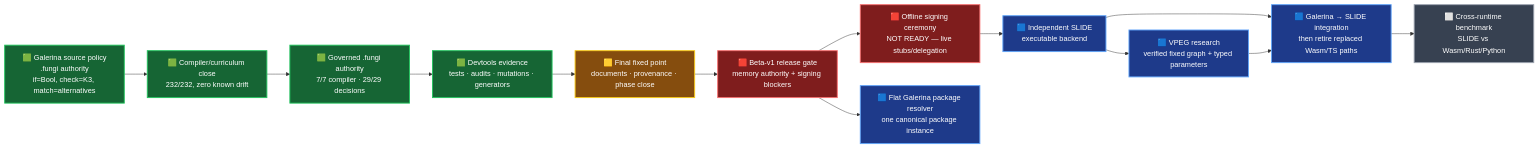
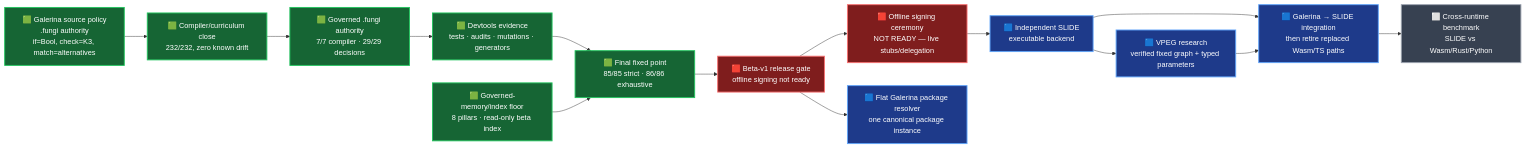
Before and after one commit to TritHypha/Deveolpment-runtime-fungi-gate: the diagram in docs/roadmap-2026-07-29-galerina-beta-v1-to-slide.md, drawn with Mermaid. The commit also changed other lines of this file and 72 other files, not shown here.

````diff
--- a/docs/roadmap-2026-07-29-galerina-beta-v1-to-slide.md
+++ b/docs/roadmap-2026-07-29-galerina-beta-v1-to-slide.md
@@ -22,31 +22,32 @@
 ```mermaid
 flowchart LR
     A["🟩 Galerina source policy<br/>.fungi authority<br/>if=Bool, check=K3, match=alternatives"]
     B["🟩 Compiler/curriculum close<br/>232/232, zero known drift"]
     C["🟩 Governed .fungi authority<br/>7/7 compiler · 29/29 decisions"]
     D["🟩 Devtools evidence<br/>tests · audits · mutations · generators"]
-    E["🟨 Final fixed point<br/>documents · provenance · phase close"]
-    F["🟥 Beta-v1 release gate<br/>memory authority + signing blockers"]
+    E["🟩 Final fixed point<br/>85/85 strict · 86/86 exhaustive"]
+    F["🟥 Beta-v1 release gate<br/>offline signing not ready"]
     G["🟥 Offline signing ceremony<br/>NOT READY — live stubs/delegation"]
     H["🟦 Independent SLIDE<br/>executable backend"]
     I["🟦 Galerina → SLIDE integration<br/>then retire replaced Wasm/TS paths"]
     J["⬜ Cross-runtime benchmark<br/>SLIDE vs Wasm/Rust/Python"]
     P["🟦 Flat Galerina package resolver<br/>one canonical package instance"]
     M["🟦 VPEG research<br/>verified fixed graph + typed parameters"]
+    Z["🟩 Governed-memory/index floor<br/>8 pillars · read-only beta index"]
 
     A --> B --> C --> D --> E --> F --> G --> H --> I --> J
+    Z --> E
     F --> P
     H --> M
     M --> I
 
     classDef green fill:#166534,color:#ffffff,stroke:#22c55e,stroke-width:2px;
     classDef amber fill:#854d0e,color:#ffffff,stroke:#facc15,stroke-width:2px;
     classDef red fill:#7f1d1d,color:#ffffff,stroke:#f87171,stroke-width:2px;
     classDef blue fill:#1e3a8a,color:#ffffff,stroke:#60a5fa,stroke-width:2px;
     classDef grey fill:#374151,color:#ffffff,stroke:#9ca3af,stroke-width:2px;
-    class A,B,C,D green;
-    class E amber;
+    class A,B,C,D,E,Z green;
     class F,G red;
     class H,I,P,M blue;
     class J grey;
 ```
````
